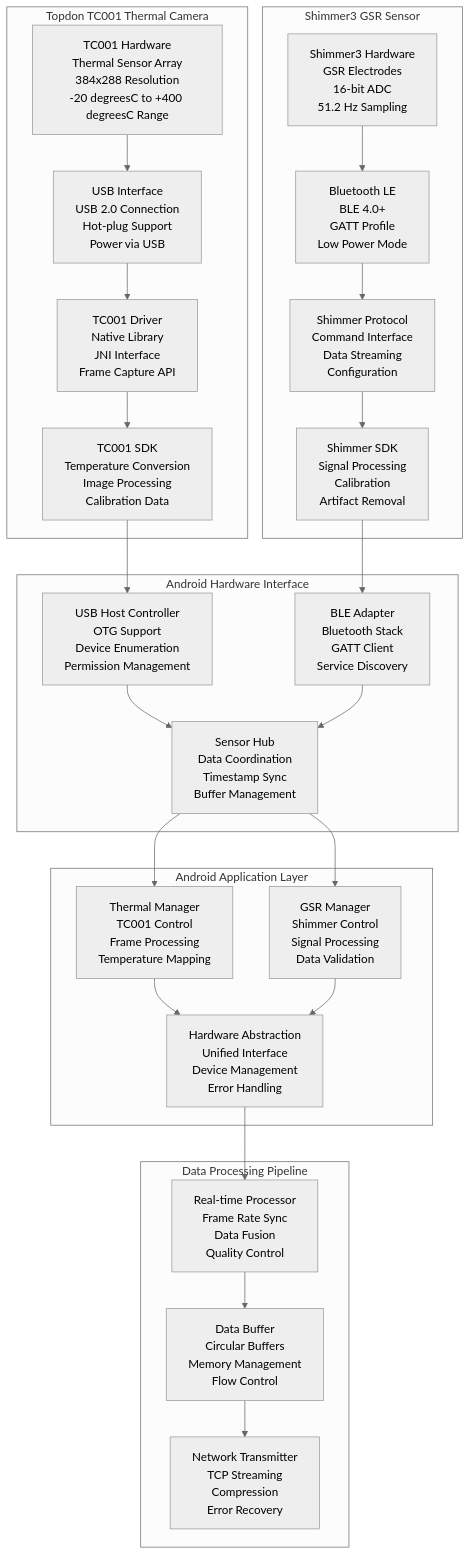
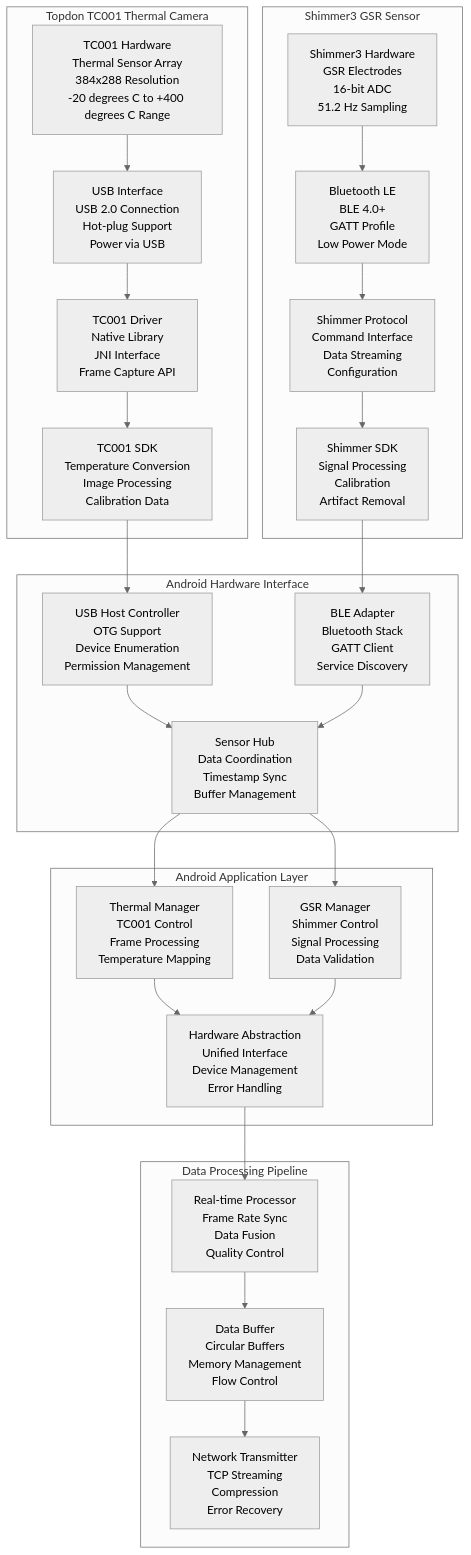
One commit to uclgsr/IRCamera changed the tenth of 10 diagrams in docs/COMPREHENSIVE_ARCHITECTURE_DIAGRAMS.md. Above: the diagram before and after it, drawn with Mermaid (neutral theme).

````diff
--- a/docs/COMPREHENSIVE_ARCHITECTURE_DIAGRAMS.md
+++ b/docs/COMPREHENSIVE_ARCHITECTURE_DIAGRAMS.md
@@ -537,58 +537,58 @@
 ```mermaid
 graph TB
     subgraph "Topdon TC001 Thermal Camera"
-        TC001Hardware[TC001 Hardware<br/>Thermal Sensor Array<br/>384x288 Resolution<br/>-20 degreesC to +400 degreesC Range]
+        TC001Hardware[TC001 Hardware<br/>Thermal Sensor Array<br/>384x288 Resolution<br/>-20 degrees C to +400 degrees C Range]
         TC001USB[USB Interface<br/>USB 2.0 Connection<br/>Hot-plug Support<br/>Power via USB]
         TC001Driver[TC001 Driver<br/>Native Library<br/>JNI Interface<br/>Frame Capture API]
         TC001SDK[TC001 SDK<br/>Temperature Conversion<br/>Image Processing<br/>Calibration Data]
     end
     
     subgraph "Shimmer3 GSR Sensor"
         Shimmer3Hardware[Shimmer3 Hardware<br/>GSR Electrodes<br/>16-bit ADC<br/>51.2 Hz Sampling]
         Shimmer3BLE[Bluetooth LE<br/>BLE 4.0+<br/>GATT Profile<br/>Low Power Mode]
         Shimmer3Protocol[Shimmer Protocol<br/>Command Interface<br/>Data Streaming<br/>Configuration]
         Shimmer3SDK[Shimmer SDK<br/>Signal Processing<br/>Calibration<br/>Artifact Removal]
     end
     
     subgraph "Android Hardware Interface"
         USBHost[USB Host Controller<br/>OTG Support<br/>Device Enumeration<br/>Permission Management]
         BLEAdapter[BLE Adapter<br/>Bluetooth Stack<br/>GATT Client<br/>Service Discovery]
         SensorHub[Sensor Hub<br/>Data Coordination<br/>Timestamp Sync<br/>Buffer Management]
     end
     
     subgraph "Android Application Layer"
         ThermalManager[Thermal Manager<br/>TC001 Control<br/>Frame Processing<br/>Temperature Mapping]
         GSRManager[GSR Manager<br/>Shimmer Control<br/>Signal Processing<br/>Data Validation]
         HardwareAbstraction[Hardware Abstraction<br/>Unified Interface<br/>Device Management<br/>Error Handling]
     end
     
     subgraph "Data Processing Pipeline"
         RealTimeProcessor[Real-time Processor<br/>Frame Rate Sync<br/>Data Fusion<br/>Quality Control]
         DataBuffer[Data Buffer<br/>Circular Buffers<br/>Memory Management<br/>Flow Control]
         NetworkTransmitter[Network Transmitter<br/>TCP Streaming<br/>Compression<br/>Error Recovery]
     end
     
     TC001Hardware --> TC001USB
     TC001USB --> TC001Driver
     TC001Driver --> TC001SDK
     
     Shimmer3Hardware --> Shimmer3BLE
     Shimmer3BLE --> Shimmer3Protocol
     Shimmer3Protocol --> Shimmer3SDK
     
     TC001SDK --> USBHost
     USBHost --> SensorHub
     
     Shimmer3SDK --> BLEAdapter
     BLEAdapter --> SensorHub
     
     SensorHub --> ThermalManager
     SensorHub --> GSRManager
     
     ThermalManager --> HardwareAbstraction
     GSRManager --> HardwareAbstraction
     
     HardwareAbstraction --> RealTimeProcessor
     RealTimeProcessor --> DataBuffer
     DataBuffer --> NetworkTransmitter
 ```
````
